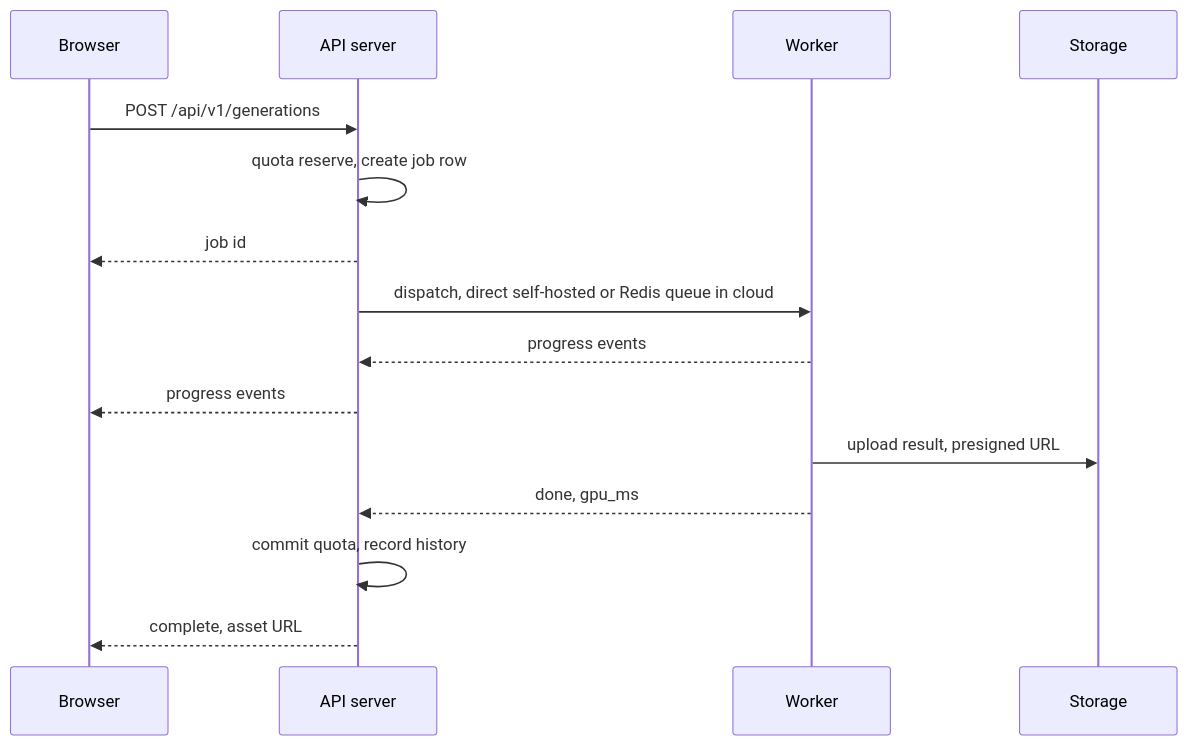
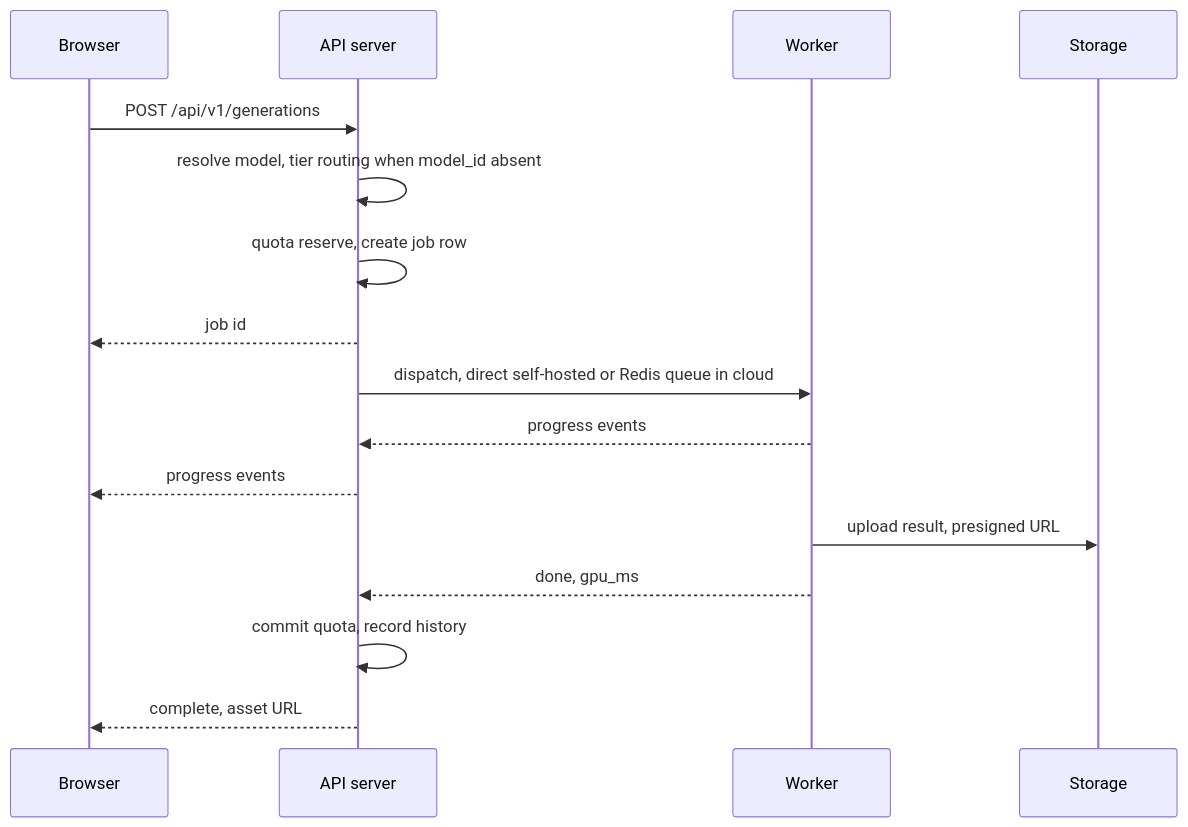
The sixth of 12 diagrams in docs/architecture.md (Portocolom-Studio/potocolom), drawn with Mermaid before and after one commit. The commit also changed 2 other files, not shown here.

Commit message:
Propagate model routing and placement through workflows and diagrams
The job generation sequence and blueprint pseudocode resolve the model
before quota reserve; the generation dataflow drawio page gains routing
and ladder-aware placement annotations.

````diff
--- a/docs/architecture.md
+++ b/docs/architecture.md
@@ -194,17 +194,18 @@
 ```mermaid
 sequenceDiagram
     participant B as Browser
     participant A as API server
     participant W as Worker
     participant S as Storage
     B->>A: POST /api/v1/generations
+    A->>A: resolve model, tier routing when model_id absent
     A->>A: quota reserve, create job row
     A-->>B: job id
     A->>W: dispatch, direct self-hosted or Redis queue in cloud
     W-->>A: progress events
     A-->>B: progress events
     W->>S: upload result, presigned URL
     W-->>A: done, gpu_ms
     A->>A: commit quota, record history
     A-->>B: complete, asset URL
 ```
````
